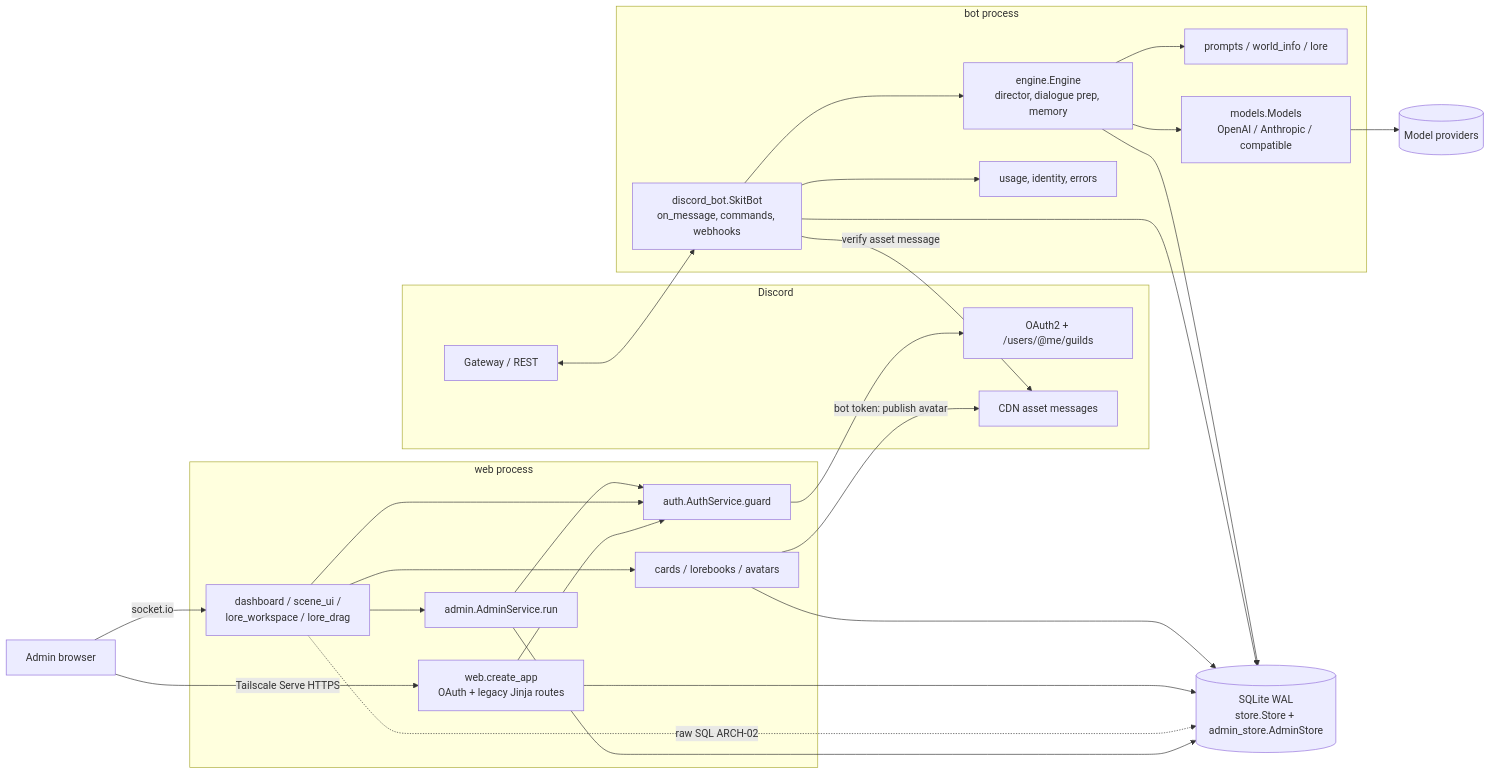
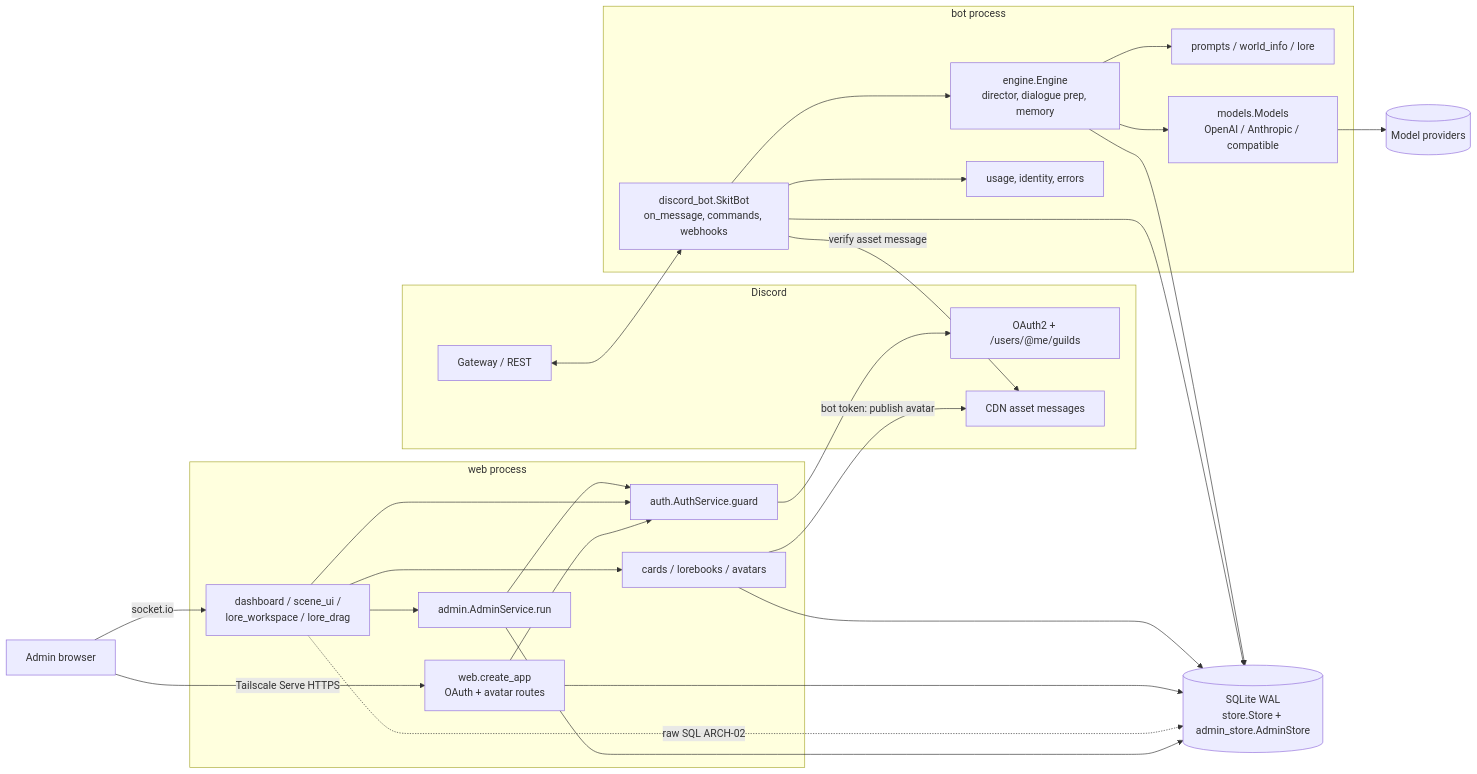
Before and after one commit to yor42/llmcord: the first of 3 diagrams in docs/engineering/system-map.md, drawn with Mermaid. The commit also changed other lines of this file and 26 other files, not shown here.

First line of the commit message:
R6 step 2: retire legacy Jinja routes; NiceGUI is the only write path (SEC-02)

````diff
--- a/docs/engineering/system-map.md
+++ b/docs/engineering/system-map.md
@@ -17,41 +17,41 @@
 ```mermaid
 flowchart LR
   subgraph Discord
     GW[Gateway / REST]
     OAuth[OAuth2 + /users/@me/guilds]
     CDN[CDN asset messages]
   end
   subgraph bot[bot process]
     Bot[discord_bot.SkitBot<br/>on_message, commands, webhooks]
     Engine[engine.Engine<br/>director, dialogue prep, memory]
     Prompts[prompts / world_info / lore]
     Models[models.Models<br/>OpenAI / Anthropic / compatible]
     Usage[usage, identity, errors]
   end
   subgraph web[web process]
-    Web[web.create_app<br/>OAuth + legacy Jinja routes]
+    Web[web.create_app<br/>OAuth + avatar routes]
     Auth[auth.AuthService.guard]
     Admin[admin.AdminService.run]
     Dash[dashboard / scene_ui /<br/>lore_workspace / lore_drag]
     Imports[cards / lorebooks / avatars]
   end
   DB[(SQLite WAL<br/>store.Store + admin_store.AdminStore)]
   Providers[(Model providers)]
   Browser[Admin browser] -->|Tailscale Serve HTTPS| Web
   Browser -->|socket.io| Dash
   GW <--> Bot
   Bot --> Engine --> Prompts
   Engine --> Models --> Providers
   Bot --> Usage
   Bot --> DB
   Engine --> DB
   Web --> Auth --> OAuth
   Dash --> Auth
   Dash --> Admin --> Auth
   Admin --> DB
   Dash -. raw SQL ARCH-02 .-> DB
   Web --> DB
   Dash --> Imports --> DB
   Imports -->|bot token: publish avatar| CDN
   Bot -->|verify asset message| CDN
 ```
````
